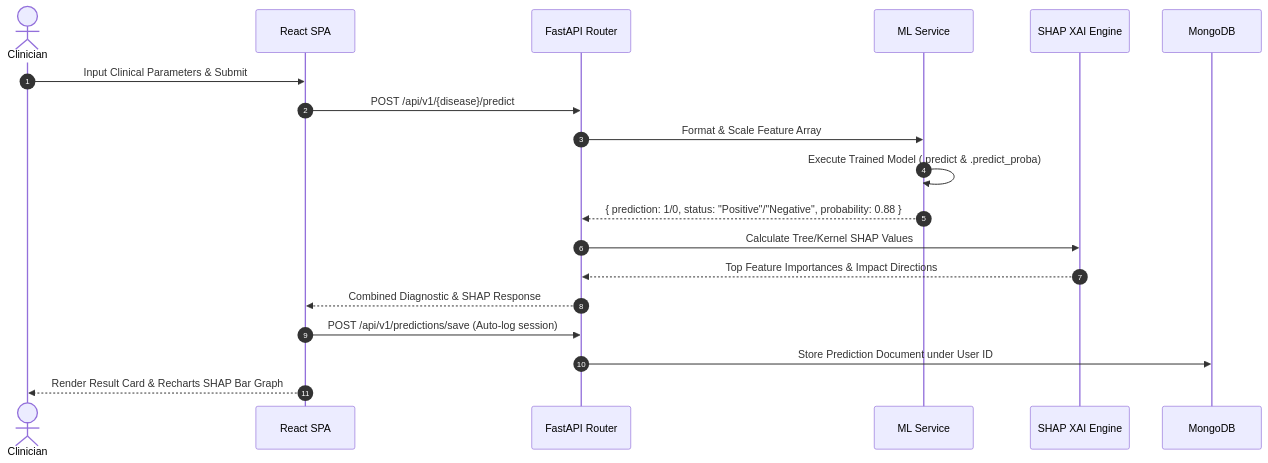
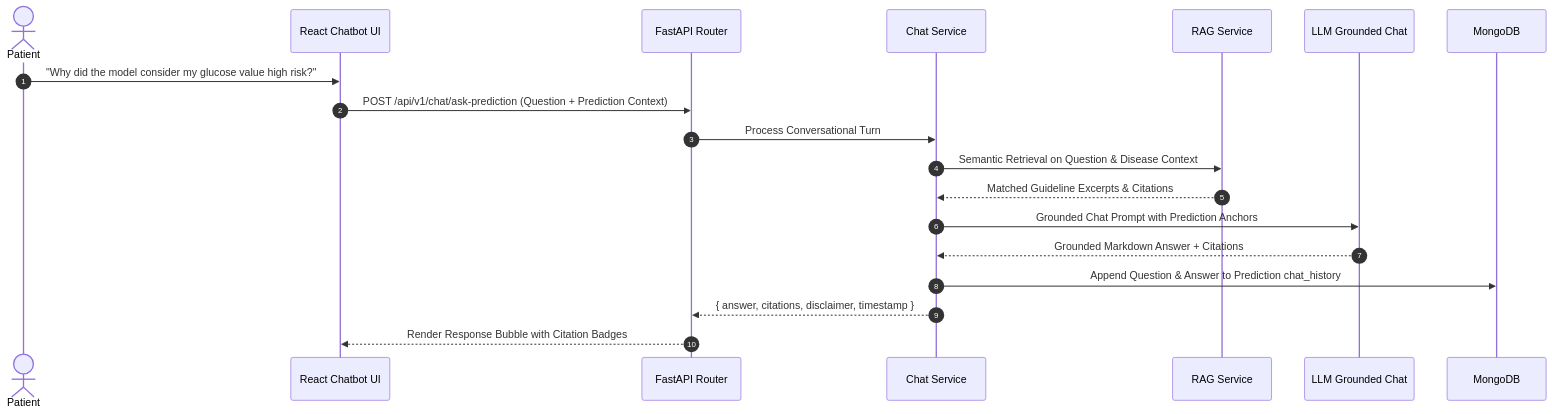
One commit to iotalord21/MediVision-AI changed the third of 5 diagrams in docs/ARCHITECTURE.md. Above: the diagram before and after it, drawn with Mermaid. The commit also changed other lines of this file and 3 other files, not shown here.

Commit message:
docs: update API, architecture, and README documentation for Grounded RAG + LLM upgrade

````diff
--- a/docs/ARCHITECTURE.md
+++ b/docs/ARCHITECTURE.md
@@ -60,22 +81,22 @@
 ```mermaid
 sequenceDiagram
     autonumber
-    actor Clinician
-    participant React as React SPA
+    actor User as Patient
+    participant React as React Chatbot UI
     participant API as FastAPI Router
-    participant Engine as ML Service
-    participant SHAP as SHAP XAI Engine
+    participant ChatSvc as Chat Service
+    participant RAG as RAG Service
+    participant LLM as LLM Grounded Chat
     participant DB as MongoDB
 
-    Clinician->>React: Input Clinical Parameters & Submit
-    React->>API: POST /api/v1/{disease}/predict
-    API->>Engine: Format & Scale Feature Array
-    Engine->>Engine: Execute Trained Model (.predict & .predict_proba)
-    Engine-->>API: { prediction: 1/0, status: "Positive"/"Negative", probability: 0.88 }
-    API->>SHAP: Calculate Tree/Kernel SHAP Values
-    SHAP-->>API: Top Feature Importances & Impact Directions
-    API-->>React: Combined Diagnostic & SHAP Response
-    React->>API: POST /api/v1/predictions/save (Auto-log session)
-    API->>DB: Store Prediction Document under User ID
-    React-->>Clinician: Render Result Card & Recharts SHAP Bar Graph
+    User->>React: "Why did the model consider my glucose value high risk?"
+    React->>API: POST /api/v1/chat/ask-prediction (Question + Prediction Context)
+    API->>ChatSvc: Process Conversational Turn
+    ChatSvc->>RAG: Semantic Retrieval on Question & Disease Context
+    RAG-->>ChatSvc: Matched Guideline Excerpts & Citations
+    ChatSvc->>LLM: Grounded Chat Prompt with Prediction Anchors
+    LLM-->>ChatSvc: Grounded Markdown Answer + Citations
+    ChatSvc->>DB: Append Question & Answer to Prediction chat_history
+    ChatSvc-->>API: { answer, citations, disclaimer, timestamp }
+    API-->>React: Render Response Bubble with Citation Badges
 ```
````
